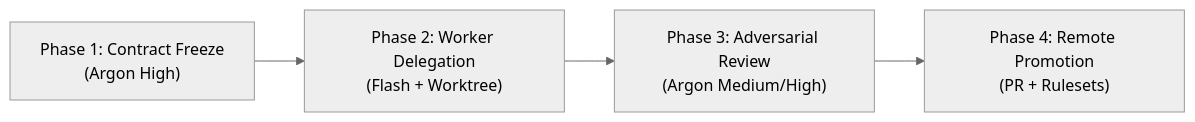
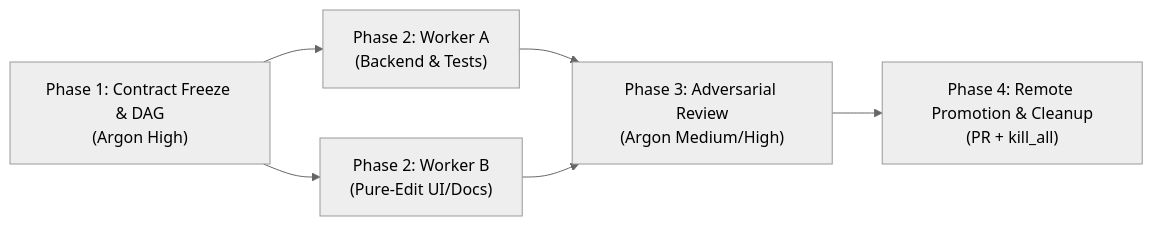
One commit to Cooper-Wallace/agentkit changed the diagram in plugins/autonomous-orchestrator/skills/auto-lifecycle/SKILL.md. Above: the diagram before and after it, drawn with Mermaid (neutral theme). The commit also changed other lines of this file and 5 other files, not shown here.

````diff
--- a/plugins/autonomous-orchestrator/skills/auto-lifecycle/SKILL.md
+++ b/plugins/autonomous-orchestrator/skills/auto-lifecycle/SKILL.md
@@ -14,6 +14,8 @@
 ```mermaid
 flowchart LR
-    P1["Phase 1: Contract Freeze<br/>(Argon High)"] --> P2["Phase 2: Worker Delegation<br/>(Flash + Worktree)"]
-    P2 --> P3["Phase 3: Adversarial Review<br/>(Argon Medium/High)"]
-    P3 --> P4["Phase 4: Remote Promotion<br/>(PR + Rulesets)"]
+    P1["Phase 1: Contract Freeze & DAG<br/>(Argon High)"] --> P2A["Phase 2: Worker A<br/>(Backend & Tests)"]
+    P1 --> P2B["Phase 2: Worker B<br/>(Pure-Edit UI/Docs)"]
+    P2A --> P3["Phase 3: Adversarial Review<br/>(Argon Medium/High)"]
+    P2B --> P3
+    P3 --> P4["Phase 4: Remote Promotion & Cleanup<br/>(PR + kill_all)"]
 ```
````
